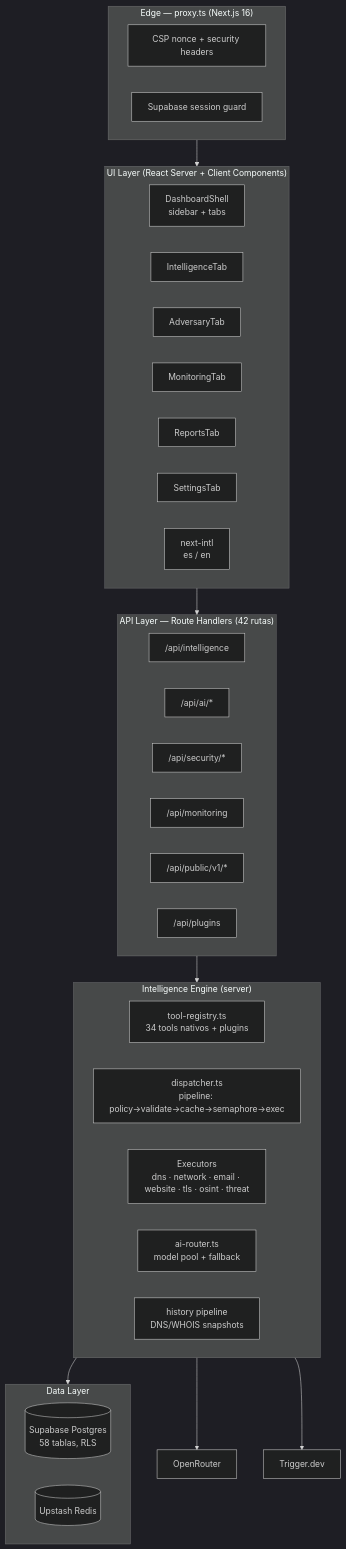
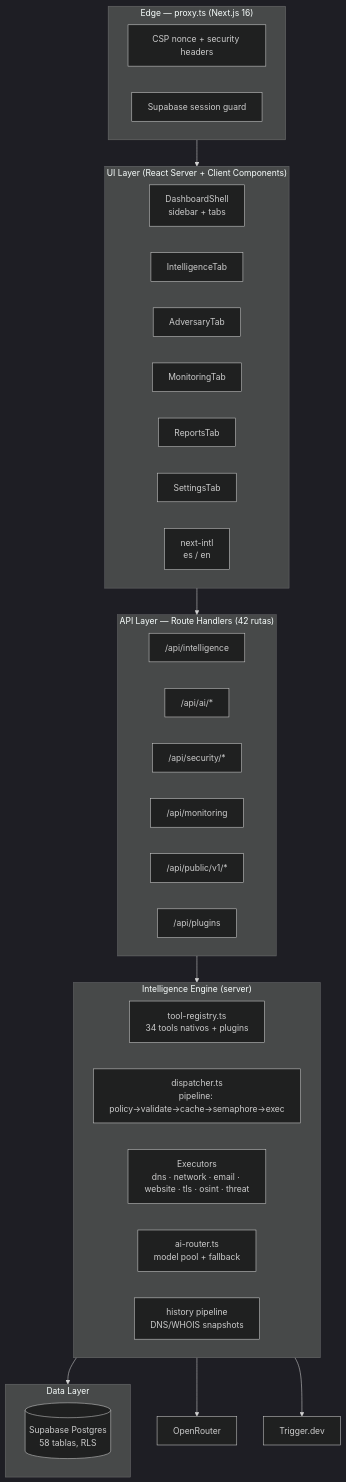
One commit to StrategicConnex/StrategicConnexAudit changed the second of 8 diagrams in docs/architecture/ENTERPRISE-ARCHITECTURE.md. Above: the diagram before and after it, drawn with Mermaid (dark theme). The commit also changed other lines of this file and 67 other files, not shown here.

````diff
--- a/docs/architecture/ENTERPRISE-ARCHITECTURE.md
+++ b/docs/architecture/ENTERPRISE-ARCHITECTURE.md
@@ -102,46 +100,45 @@
 ```mermaid
 flowchart TB
     subgraph EDGE["Edge — proxy.ts (Next.js 16)"]
         CSP["CSP nonce + security headers"]
         AUTHG["Supabase session guard"]
     end
 
     subgraph UI["UI Layer (React Server + Client Components)"]
         DASH["DashboardShell<br/>sidebar + tabs"]
         TAB_INTEL["IntelligenceTab"]
         TAB_ADV["AdversaryTab"]
         TAB_MON["MonitoringTab"]
         TAB_REP["ReportsTab"]
         TAB_SET["SettingsTab"]
         I18N["next-intl<br/>es / en"]
     end
 
     subgraph API["API Layer — Route Handlers (42 rutas)"]
         R_INTEL["/api/intelligence"]
         R_AI["/api/ai/*"]
         R_SIEM["/api/security/*"]
         R_MON["/api/monitoring"]
         R_PUB["/api/public/v1/*"]
         R_PLUGIN["/api/plugins"]
     end
 
     subgraph CORE["Intelligence Engine (server)"]
         REG["tool-registry.ts<br/>34 tools nativos + plugins"]
         DISP["dispatcher.ts<br/>pipeline: policy→validate→cache→semaphore→exec"]
         EXEC["Executors<br/>dns · network · email · website · tls · osint · threat"]
         AI["ai-router.ts<br/>model pool + fallback"]
         HIST["history pipeline<br/>DNS/WHOIS snapshots"]
     end
 
     subgraph DATA["Data Layer"]
         PG[("Supabase Postgres<br/>58 tablas, RLS")]
-        REDIS2[("Upstash Redis")]
     end
 
     EDGE --> UI
     UI --> API
     API --> CORE
     CORE --> DATA
     CORE --> OPENROUTER2["OpenRouter"]
     CORE --> TRIGGER2["Trigger.dev"]
 ```
````
